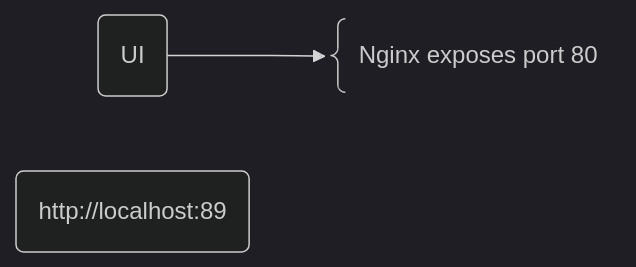
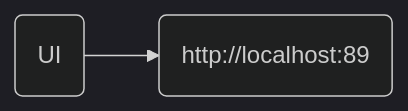
Before and after one commit to chump29/sober: the first of 2 diagrams in README.md, drawn with Mermaid (dark theme). The commit also changed other lines of this file and 2 other files, not shown here.

````diff
--- a/README.md
+++ b/README.md
@@ -9,6 +11,6 @@
 ```mermaid
 flowchart LR
 ui@{shape: rounded, label: "UI"}
 uiPort@{shape: rounded, label: "http://localhost:89"}
-ui-->uiPortport@{shape: comment, label: "&nbsp; Nginx exposes port 80"}
+ui-->uiPort
 ```
````
